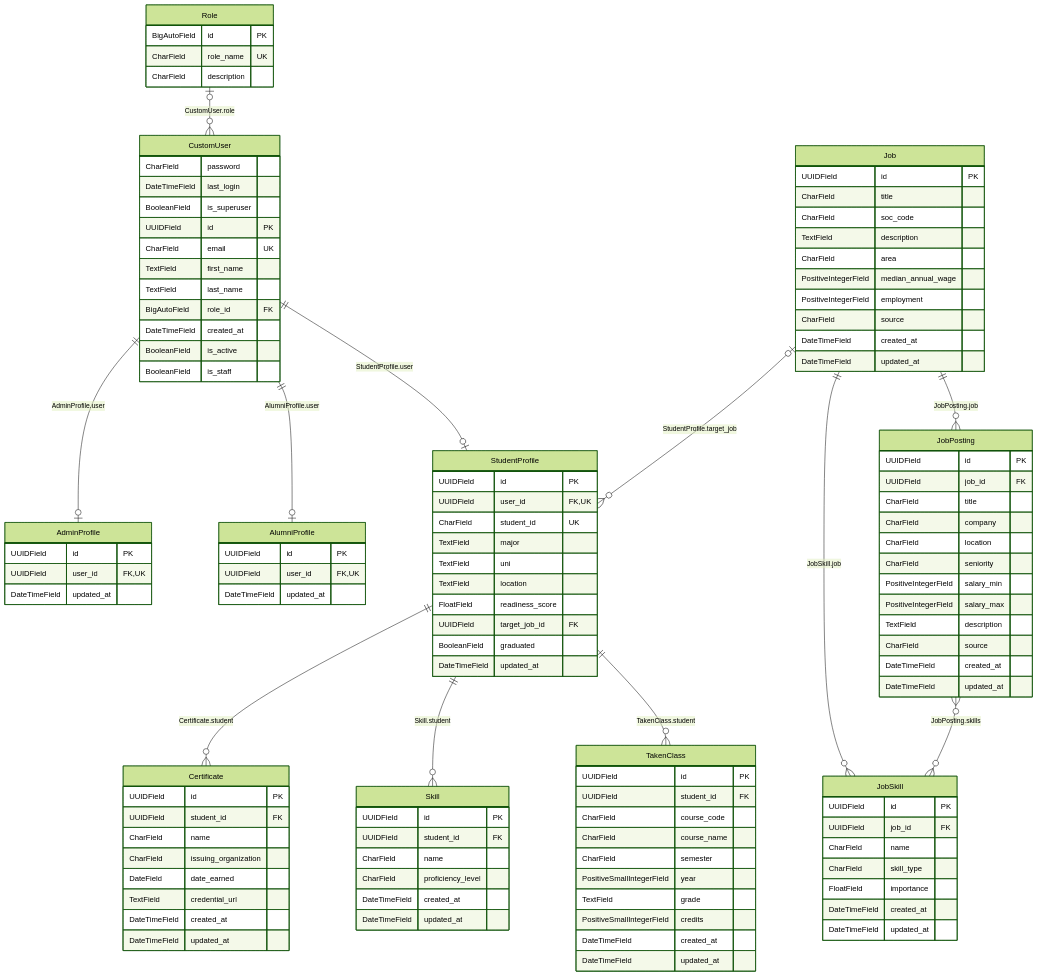
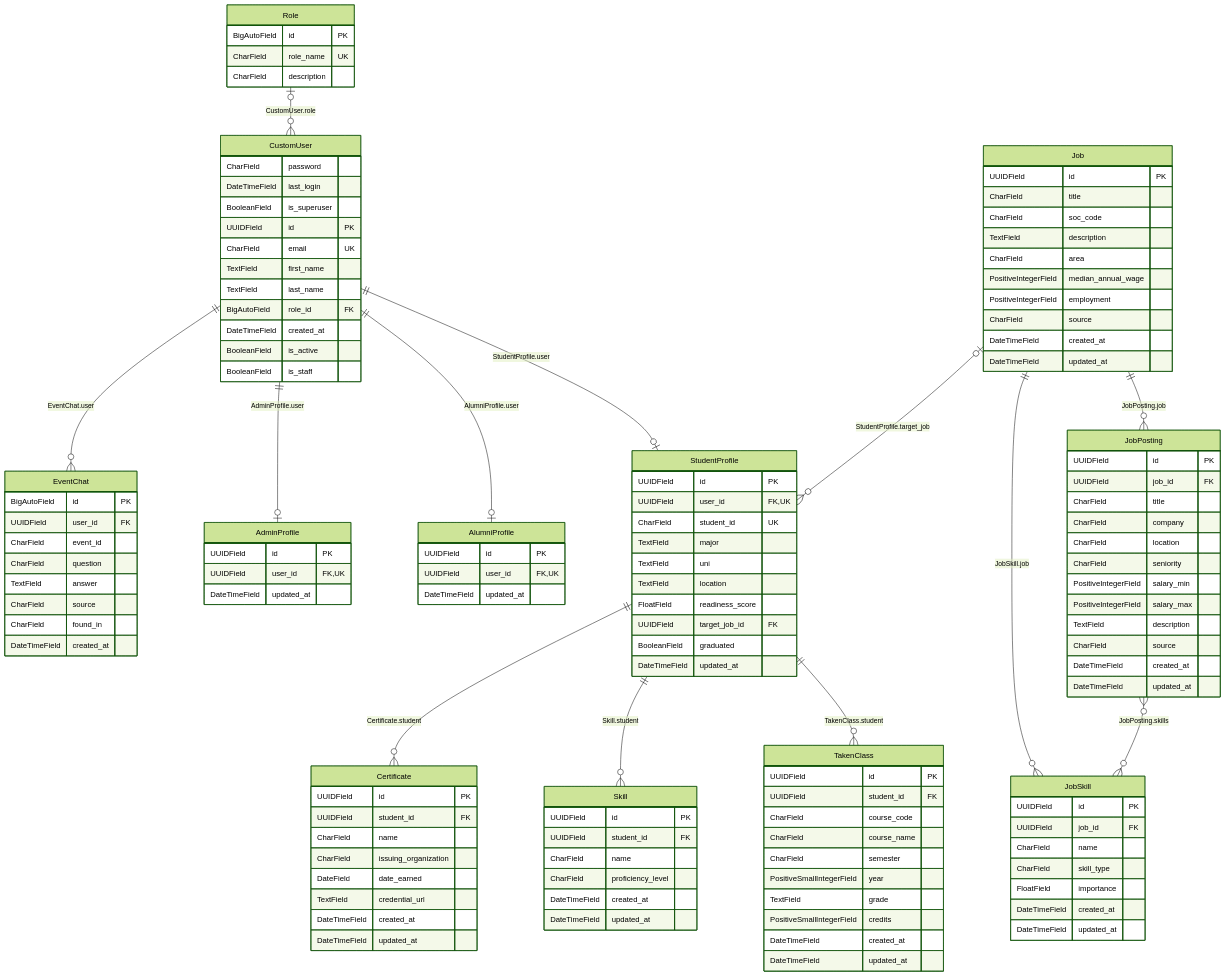
Before and after one commit to GradPace/GradPace-Prototype: the diagram in backend/docs/schema.md, drawn with Mermaid (forest theme). The commit also changed other lines of this file, not shown here.

Commit message:
docs: regenerate schema docs for EventChat

````diff
--- a/backend/docs/schema.md
+++ b/backend/docs/schema.md
@@ -17,5 +17,6 @@
 ```mermaid
 erDiagram
+    CustomUser ||--o{ EventChat : "EventChat.user"
     CustomUser ||--o| AdminProfile : "AdminProfile.user"
     CustomUser ||--o| AlumniProfile : "AlumniProfile.user"
     CustomUser ||--o| StudentProfile : "StudentProfile.user"
@@ -133,4 +134,14 @@
         DateTimeField created_at
         DateTimeField updated_at
     }
+    EventChat {
+        BigAutoField id PK
+        UUIDField user_id FK
+        CharField event_id
+        CharField question
+        TextField answer
+        CharField source
+        CharField found_in
+        DateTimeField created_at
+    }
 ```
````
